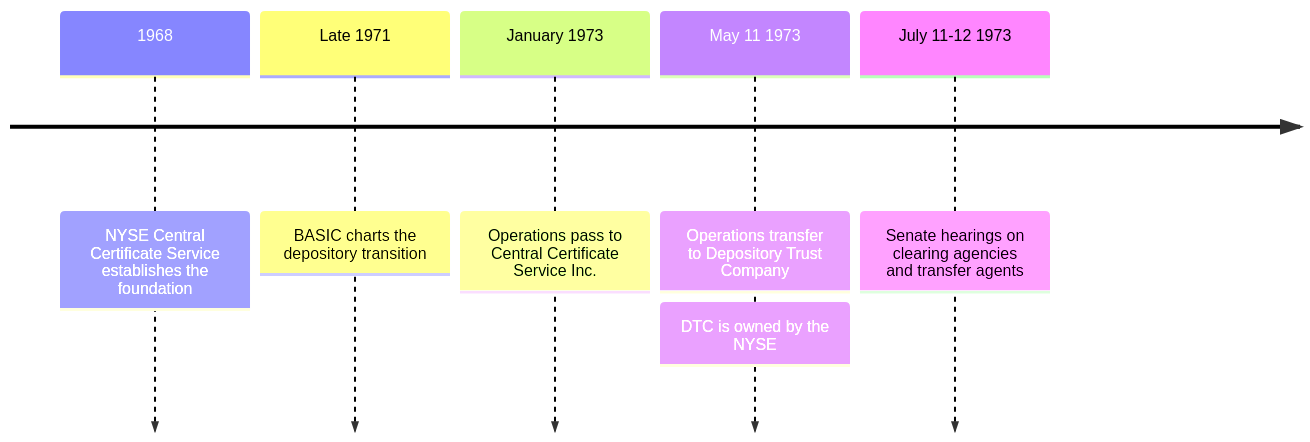
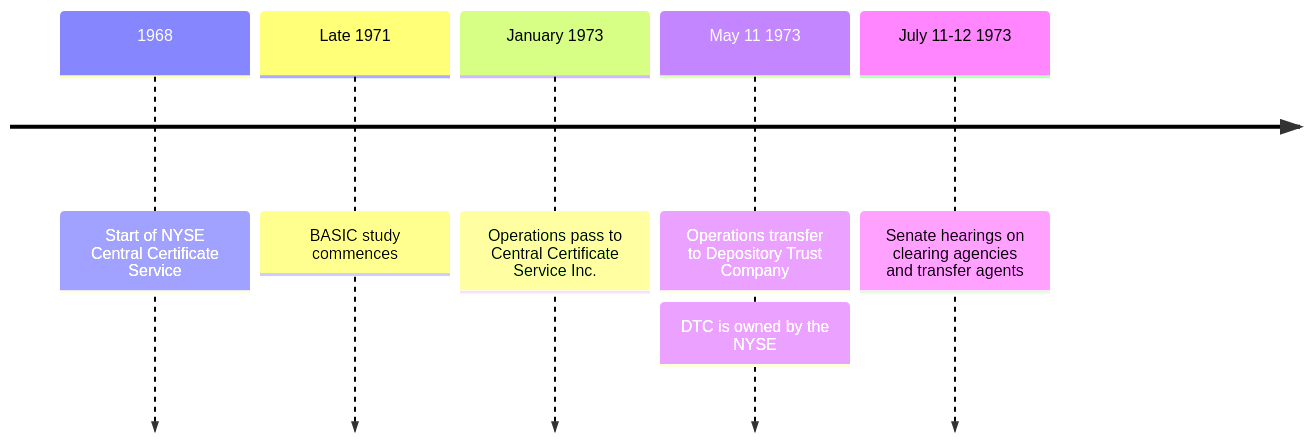
The diagram in README.md (blocktransfer/TAD1), drawn with Mermaid before and after one commit.

Commit message:
🗣️ Update timeline descriptions

````diff
--- a/README.md
+++ b/README.md
@@ -6,8 +6,8 @@
 ```mermaid
 timeline
-    1968 : NYSE Central Certificate Service establishes the foundation
-    Late 1971 : BASIC charts the depository transition
+    1968 : Start of NYSE Central Certificate Service
+    Late 1971 : BASIC study commences
     January 1973 : Operations pass to Central Certificate Service Inc.
     May 11 1973 : Operations transfer to Depository Trust Company : DTC is owned by the NYSE
     July 11-12 1973 : Senate hearings on clearing agencies and transfer agents
 ```
````
